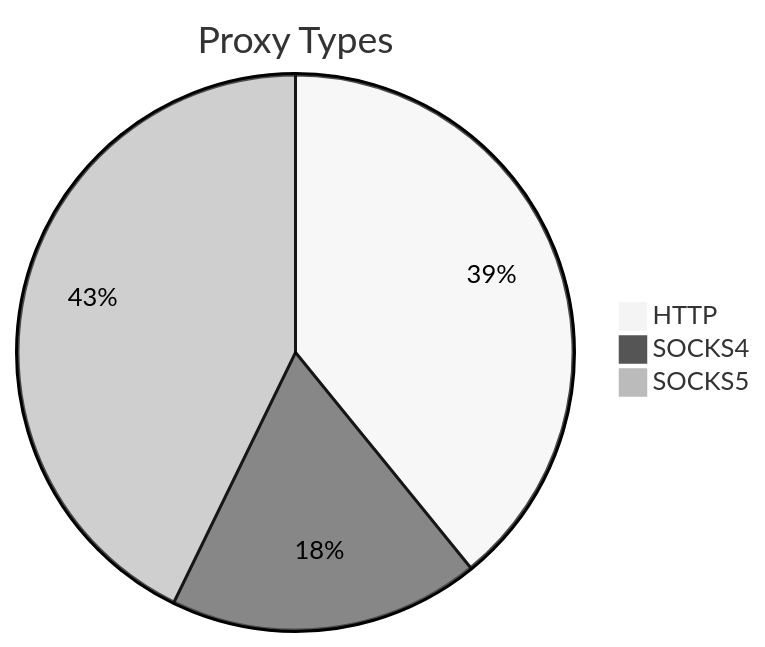
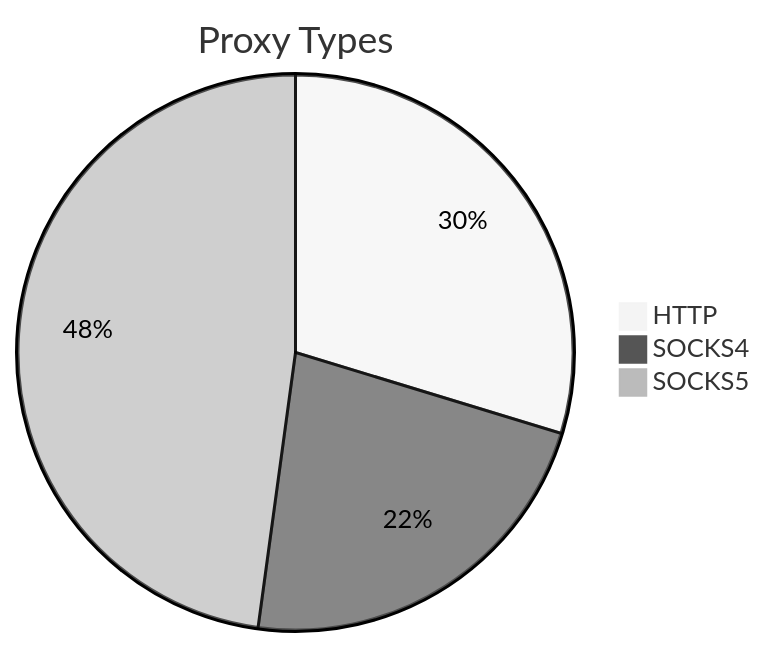
Before and after one commit to stormsia/proxy-list: the first of 2 diagrams in README.md, drawn with Mermaid (neutral theme). The commit also changed other lines of this file, not shown here.

````diff
--- a/README.md
+++ b/README.md
@@ -21,6 +21,6 @@
 ```mermaid
 pie title Proxy Types
-    "HTTP" : 171
-    "SOCKS4" : 79
-    "SOCKS5" : 187
+    "HTTP" : 131
+    "SOCKS4" : 99
+    "SOCKS5" : 211
 ```
````
